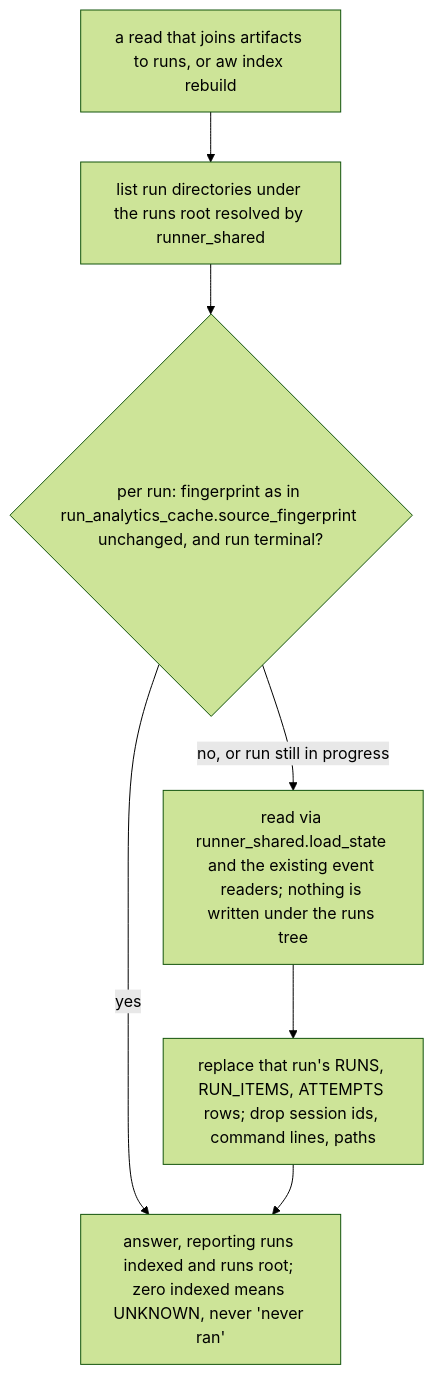
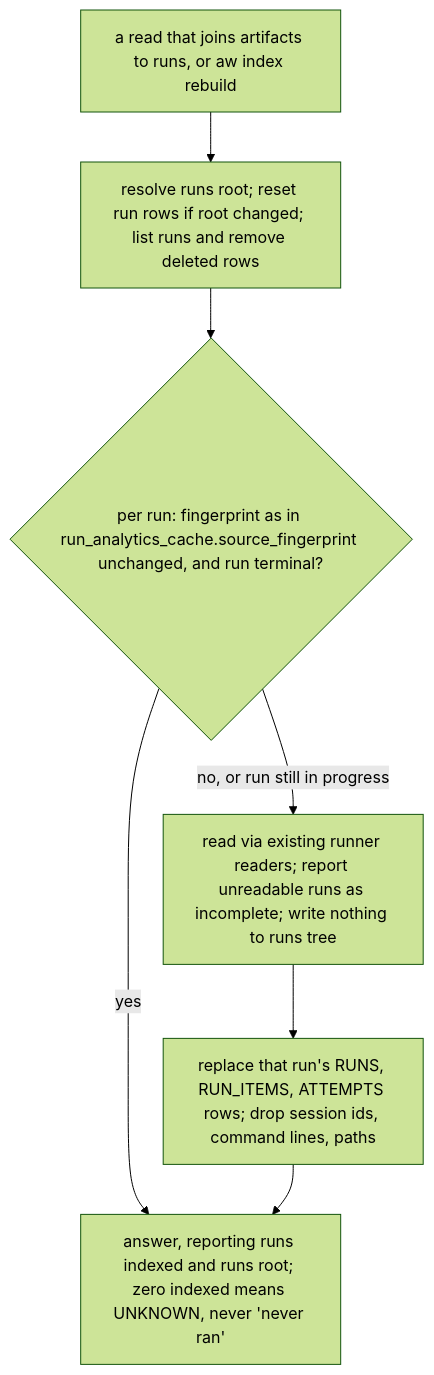
The tenth of 10 diagrams in .aw/records/specs/reviewed/20260925-metastore-01-4sd62s-artifact-metadata-store.spec.md (fariello/agent-workflows), drawn with Mermaid (forest theme) before and after one commit. The commit also changed other lines of this file and 1 other file, not shown here.

````diff
--- a/.aw/records/specs/reviewed/20260925-metastore-01-4sd62s-artifact-metadata-store.spec.md
+++ b/.aw/records/specs/reviewed/20260925-metastore-01-4sd62s-artifact-metadata-store.spec.md
@@ -1454,9 +1561,9 @@
 ```mermaid
 flowchart TD
-    A["a read that joins artifacts to runs, or aw index rebuild"] --> B["list run directories under the runs root resolved by runner_shared"]
+    A["a read that joins artifacts to runs, or aw index rebuild"] --> B["resolve runs root; reset run rows if root changed; list runs and remove deleted rows"]
     B --> C{"per run: fingerprint as in run_analytics_cache.source_fingerprint unchanged, and run terminal?"}
     C -- yes --> F
-    C -- "no, or run still in progress" --> D["read via runner_shared.load_state and the existing event readers; nothing is written under the runs tree"]
+    C -- "no, or run still in progress" --> D["read via existing runner readers; report unreadable runs as incomplete; write nothing to runs tree"]
     D --> E["replace that run's RUNS, RUN_ITEMS, ATTEMPTS rows; drop session ids, command lines, paths"]
     E --> F["answer, reporting runs indexed and runs root; zero indexed means UNKNOWN, never 'never ran'"]
 ```
````
